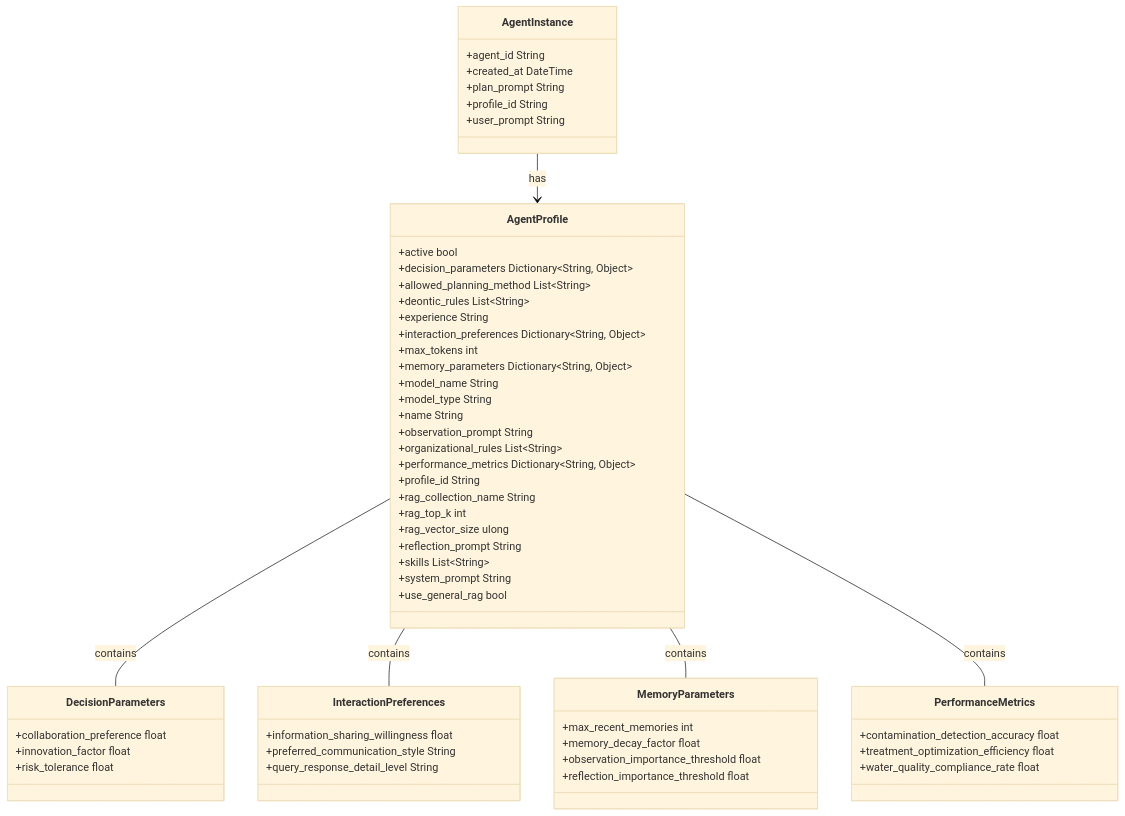
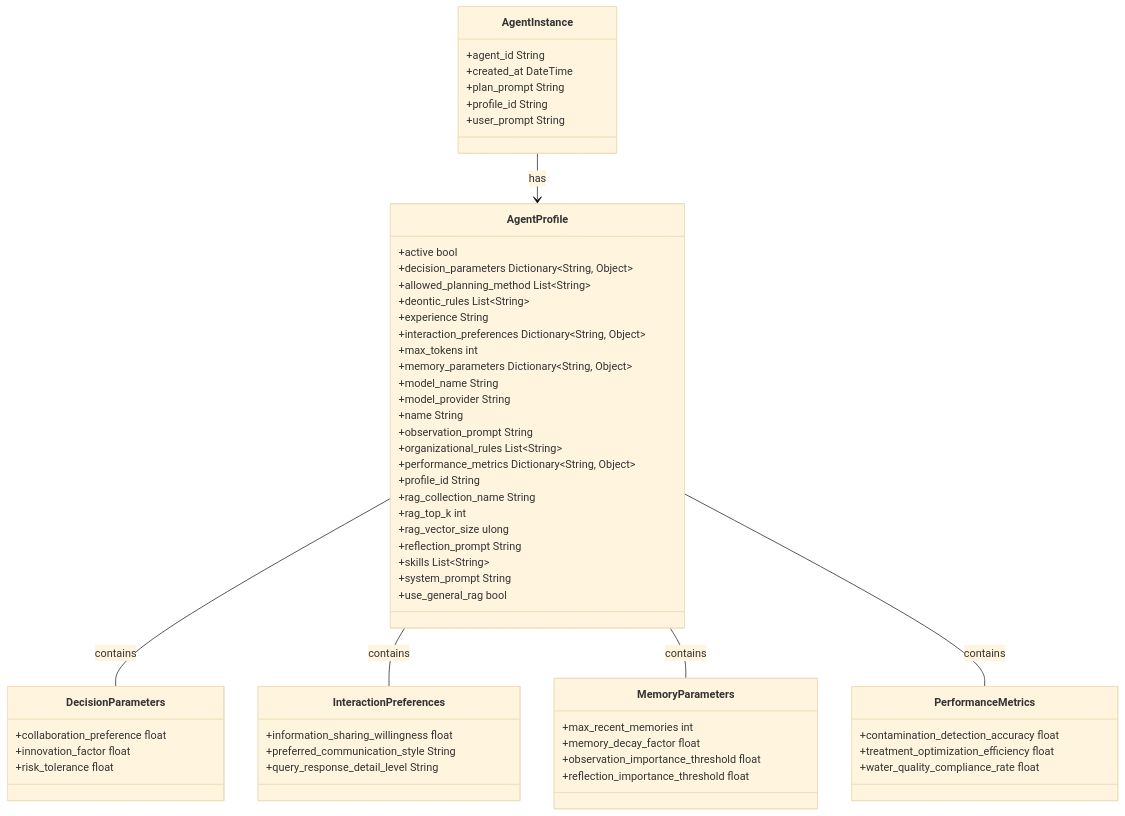
Before and after one commit to XMPro/Multi-Agent: the diagram in docs/architecture/agent_architecture.md, drawn with Mermaid (base theme). The commit also changed other lines of this file and 21 other files, not shown here.

Commit message:
Update model_type to model_provider

````diff
--- a/docs/architecture/agent_architecture.md
+++ b/docs/architecture/agent_architecture.md
@@ -18,67 +18,67 @@
 ```mermaid
 classDiagram
     class AgentProfile {
         +active bool
         +decision_parameters Dictionary~String, Object~
         +allowed_planning_method List~String~
         +deontic_rules List~String~
         +experience String
         +interaction_preferences Dictionary~String, Object~
         +max_tokens int
         +memory_parameters Dictionary~String, Object~
         +model_name String
-        +model_type String
+        +model_provider String
         +name String
         +observation_prompt String
         +organizational_rules List~String~
         +performance_metrics Dictionary~String, Object~
         +profile_id String
         +rag_collection_name String
         +rag_top_k int
         +rag_vector_size ulong
         +reflection_prompt String
         +skills List~String~
         +system_prompt String
         +use_general_rag bool
     }
     
     class AgentInstance {
         +agent_id String
         +created_at DateTime
         +plan_prompt String
         +profile_id String
         +user_prompt String
     }
     
     AgentInstance --> AgentProfile : has
 
     class DecisionParameters {
         +collaboration_preference float
         +innovation_factor float
         +risk_tolerance float
     }
 
     class InteractionPreferences {
         +information_sharing_willingness float
         +preferred_communication_style String
         +query_response_detail_level String
     }
 
     class MemoryParameters {
         +max_recent_memories int
         +memory_decay_factor float
         +observation_importance_threshold float
         +reflection_importance_threshold float
     }
 
     class PerformanceMetrics {
         +contamination_detection_accuracy float
         +treatment_optimization_efficiency float
         +water_quality_compliance_rate float
     }
 
     AgentProfile -- DecisionParameters : contains
     AgentProfile -- InteractionPreferences : contains
     AgentProfile -- MemoryParameters : contains
     AgentProfile -- PerformanceMetrics : contains
 ```
````
